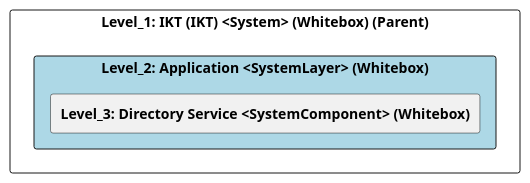
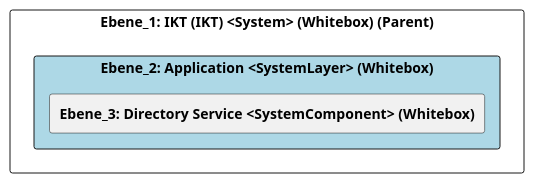
Before and after one commit to marcozwyssig/cleon: the diagram in src/cleon.architecturemethods.arc42.sample/doc/cleon_architecturemethods_arc42_sample_system/adoc/de/05_bausteinsicht/ikt/application/ebene_2_application.adoc, drawn with PlantUML. The commit also changed other lines of this file and 214 other files, not shown here.

```diff
--- a/src/cleon.architecturemethods.arc42.sample/doc/cleon_architecturemethods_arc42_sample_system/adoc/de/05_bausteinsicht/ikt/application/ebene_2_application.adoc
+++ b/src/cleon.architecturemethods.arc42.sample/doc/cleon_architecturemethods_arc42_sample_system/adoc/de/05_bausteinsicht/ikt/application/ebene_2_application.adoc
@@ -20,26 +20,26 @@
-[plantuml, Level_2: Application <SystemLayer> (Whitebox)BlockOverview, format="svg"]
+[plantuml, Ebene_2: Application <SystemLayer> (Whitebox)BlockOverview, format="svg"]
 ----
-@startuml Level_2: Application <SystemLayer> (Whitebox)BuildingBlockOverview
+@startuml Ebene_2: Application <SystemLayer> (Whitebox)BuildingBlockOverview
 
 skinparam ranksep 10
 skinparam componentStyle rectangle
 skinparam shadowing false
 skinparam arrowColor lightblue
 skinparam arrowThickness 1.2
 skinparam rectangle {
   BackgroundColor White
   BorderColor #333
   RoundCorner 10
 }
 top to bottom direction
 
-component "Level_1: IKT (IKT) <System> (Whitebox) (Parent)" {
-    component "Level_2: Application <SystemLayer> (Whitebox)" #lightblue {
-        [**Level_3: Directory Service <SystemComponent> (Whitebox)**] as 88301D91_219A_11F0_83AE_DF5418A109A4
+component "Ebene_1: IKT (IKT) <System> (Whitebox) (Parent)" {
+    component "Ebene_2: Application <SystemLayer> (Whitebox)" #lightblue {
+        [**Ebene_3: Directory Service <SystemComponent> (Whitebox)**] as 88301D91_219A_11F0_83AE_DF5418A109A4
     }
 
     
 }
 
 @enduml
 ----
```
